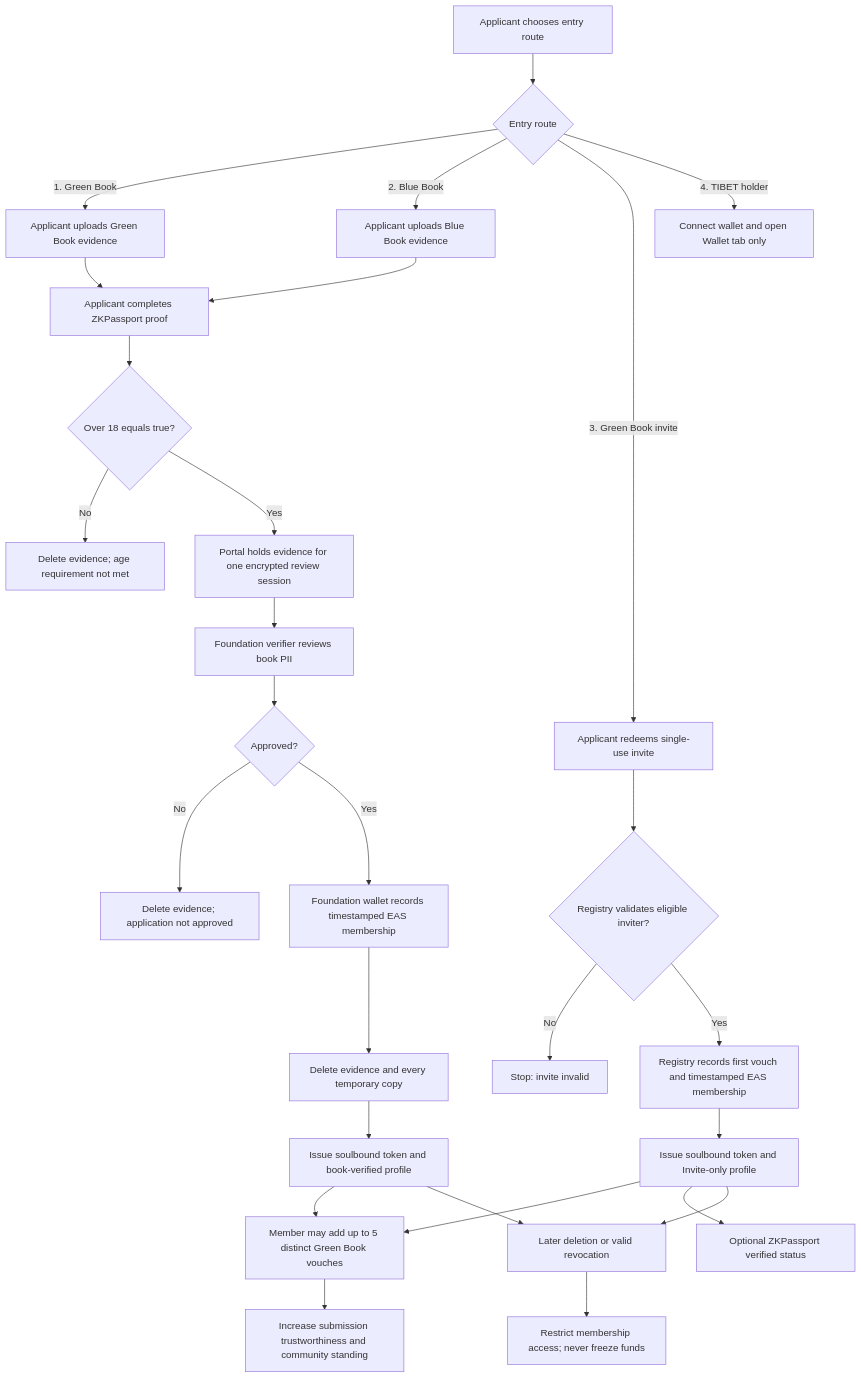
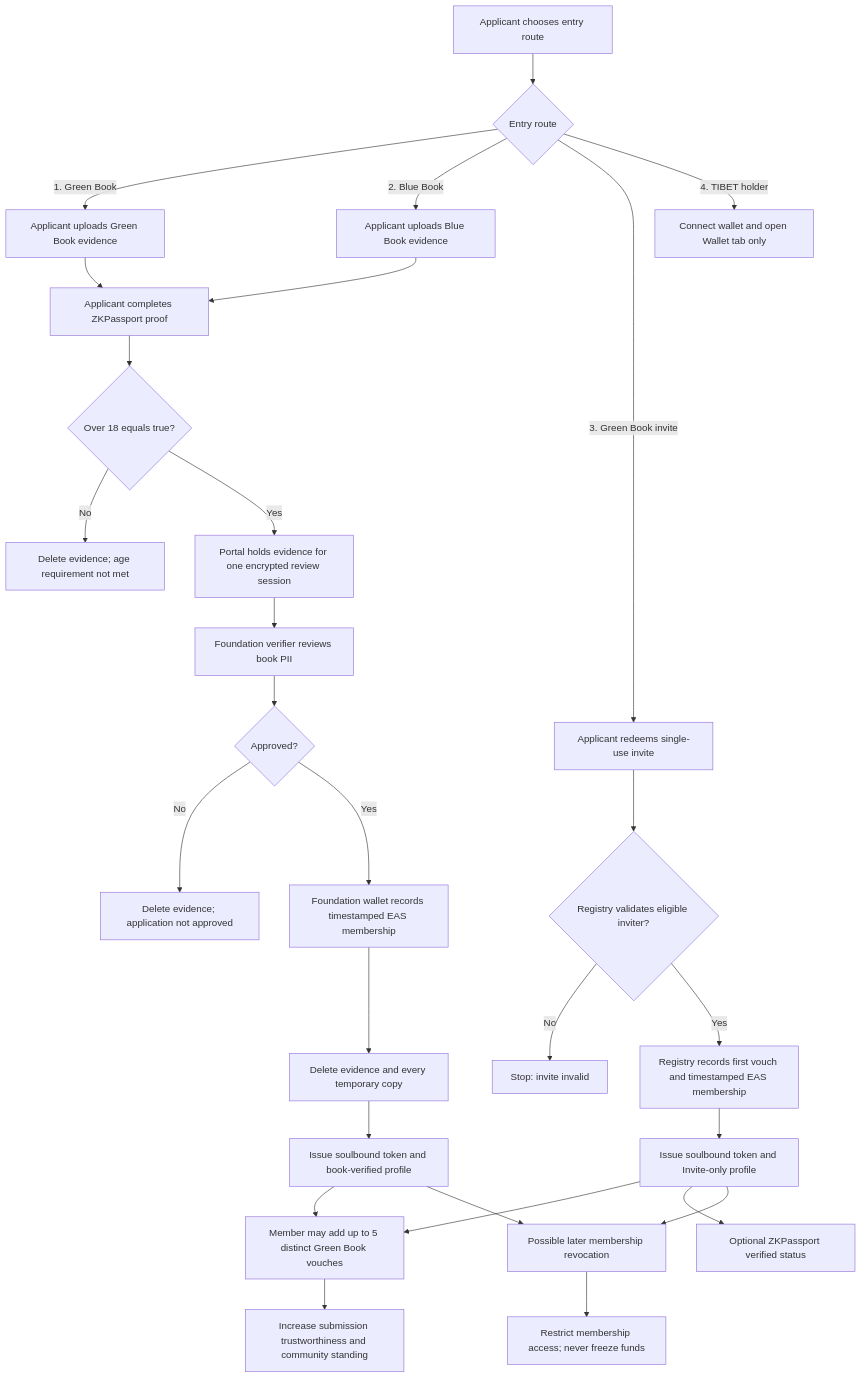
One commit to AlexJupiter/tibetan-id changed the first of 6 diagrams in README.md. Above: the diagram before and after it, drawn with Mermaid. The commit also changed other lines of this file, not shown here.

Commit message:
Remove member deletion lifecycle

````diff
--- a/README.md
+++ b/README.md
@@ -10,34 +10,34 @@
 ```mermaid
 flowchart TD
     A[Applicant chooses entry route] --> B{Entry route}
 
     B -->|1. Green Book| C[Applicant uploads Green Book evidence]
     B -->|2. Blue Book| D[Applicant uploads Blue Book evidence]
     C --> E[Applicant completes ZKPassport proof]
     D --> E
     E --> F{Over 18 equals true?}
     F -->|No| F0[Delete evidence; age requirement not met]
     F -->|Yes| G[Portal holds evidence for one encrypted review session]
     G --> H[Foundation verifier reviews book PII]
     H --> I{Approved?}
     I -->|No| I0[Delete evidence; application not approved]
     I -->|Yes| J[Foundation wallet records timestamped EAS membership]
 
     B -->|3. Green Book invite| K[Applicant redeems single-use invite]
     K --> L{Registry validates eligible inviter?}
     L -->|No| L0[Stop: invite invalid]
     L -->|Yes| M[Registry records first vouch and timestamped EAS membership]
 
     B -->|4. TIBET holder| N[Connect wallet and open Wallet tab only]
 
     J --> J0[Delete evidence and every temporary copy]
     J0 --> O[Issue soulbound token and book-verified profile]
     M --> P[Issue soulbound token and Invite-only profile]
     O --> Q[Member may add up to 5 distinct Green Book vouches]
     P --> Q
     P --> R[Optional ZKPassport verified status]
     Q --> S[Increase submission trustworthiness and community standing]
-    O --> T[Later deletion or valid revocation]
+    O --> T[Possible later membership revocation]
     P --> T
     T --> U[Restrict membership access; never freeze funds]
 ```
````
